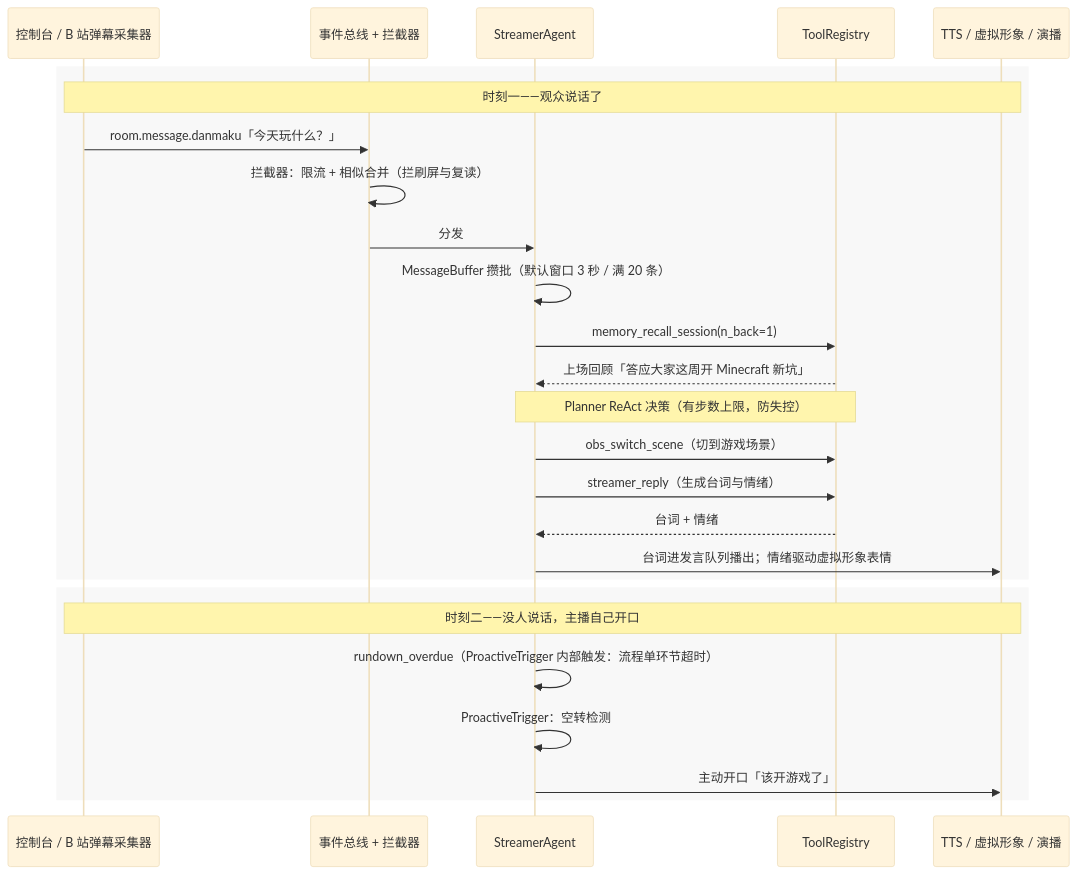
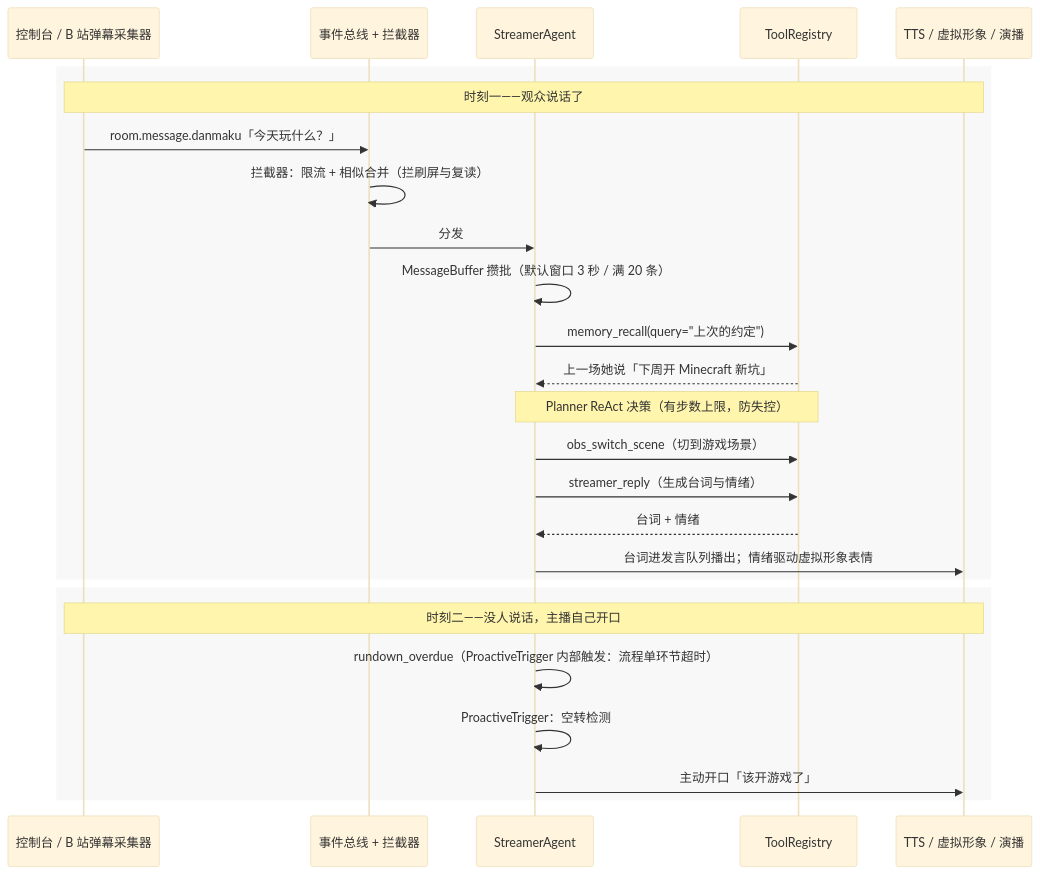
Before and after one commit to Mai-with-u/Amaidesu: the first of 2 diagrams in README.md, drawn with Mermaid (base theme). The commit also changed other lines of this file and 16 other files, not shown here.

````diff
--- a/README.md
+++ b/README.md
@@ -101,29 +101,29 @@
 ```mermaid
 sequenceDiagram
     participant 输入 as 控制台 / B 站弹幕采集器
     participant 总线 as 事件总线 + 拦截器
     participant 主播 as StreamerAgent
     participant 工具 as ToolRegistry
     participant 出口 as TTS / 虚拟形象 / 演播
 
     rect rgb(248, 248, 248)
     Note over 输入,出口: 时刻一——观众说话了
     输入->>总线: room.message.danmaku「今天玩什么？」
     总线->>总线: 拦截器：限流 + 相似合并（拦刷屏与复读）
     总线->>主播: 分发
     主播->>主播: MessageBuffer 攒批（默认窗口 3 秒 / 满 20 条）
-    主播->>工具: memory_recall_session(n_back=1)
-    工具-->>主播: 上场回顾「答应大家这周开 Minecraft 新坑」
+    主播->>工具: memory_recall(query="上次的约定")
+    工具-->>主播: 上一场她说「下周开 Minecraft 新坑」
     Note over 主播,工具: Planner ReAct 决策（有步数上限，防失控）
     主播->>工具: obs_switch_scene（切到游戏场景）
     主播->>工具: streamer_reply（生成台词与情绪）
     工具-->>主播: 台词 + 情绪
     主播->>出口: 台词进发言队列播出；情绪驱动虚拟形象表情
     end
     rect rgb(248, 248, 248)
     Note over 输入,出口: 时刻二——没人说话，主播自己开口
     主播->>主播: rundown_overdue（ProactiveTrigger 内部触发：流程单环节超时）
     主播->>主播: ProactiveTrigger：空转检测
     主播->>出口: 主动开口「该开游戏了」
     end
 ```
````
